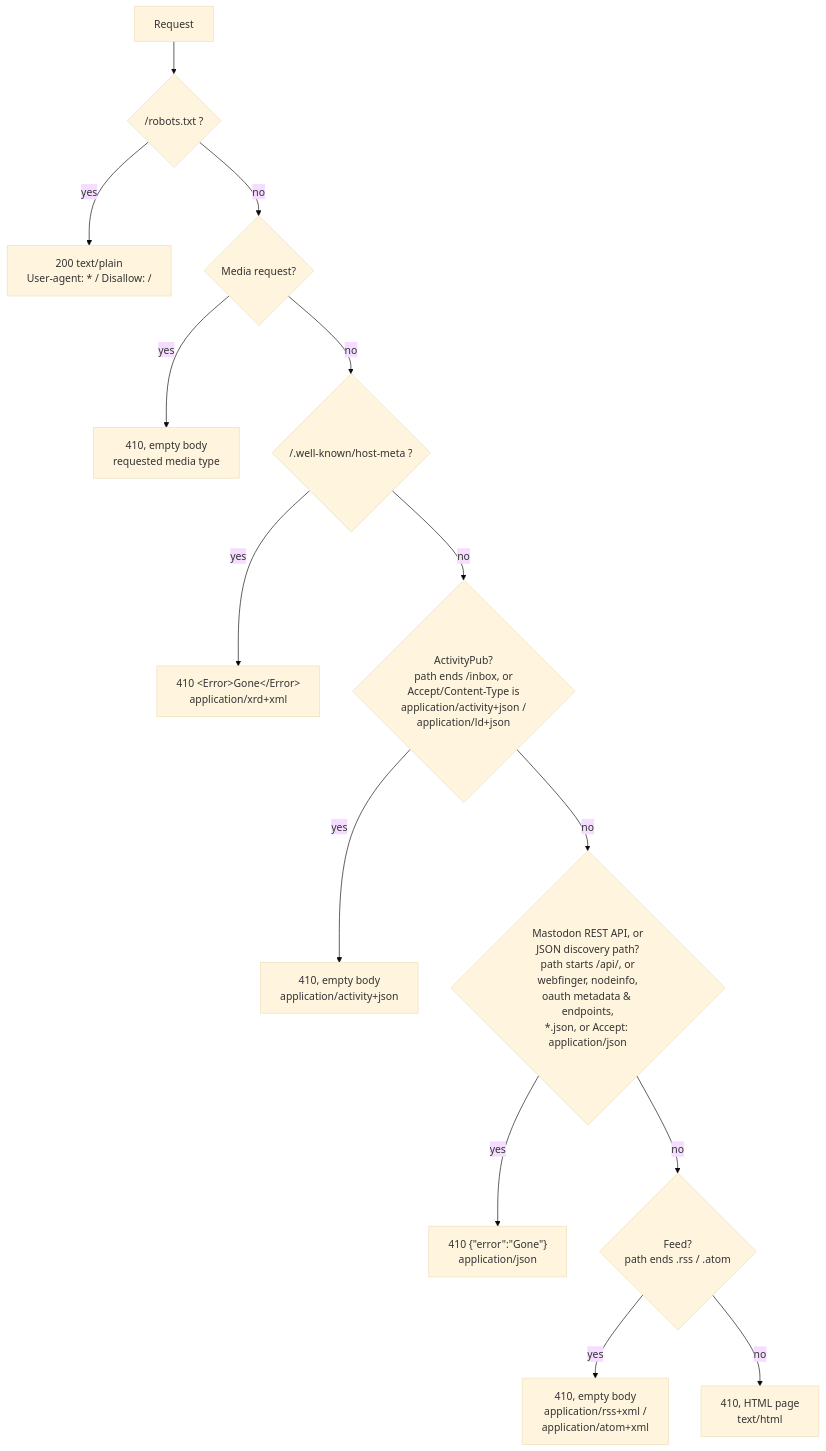
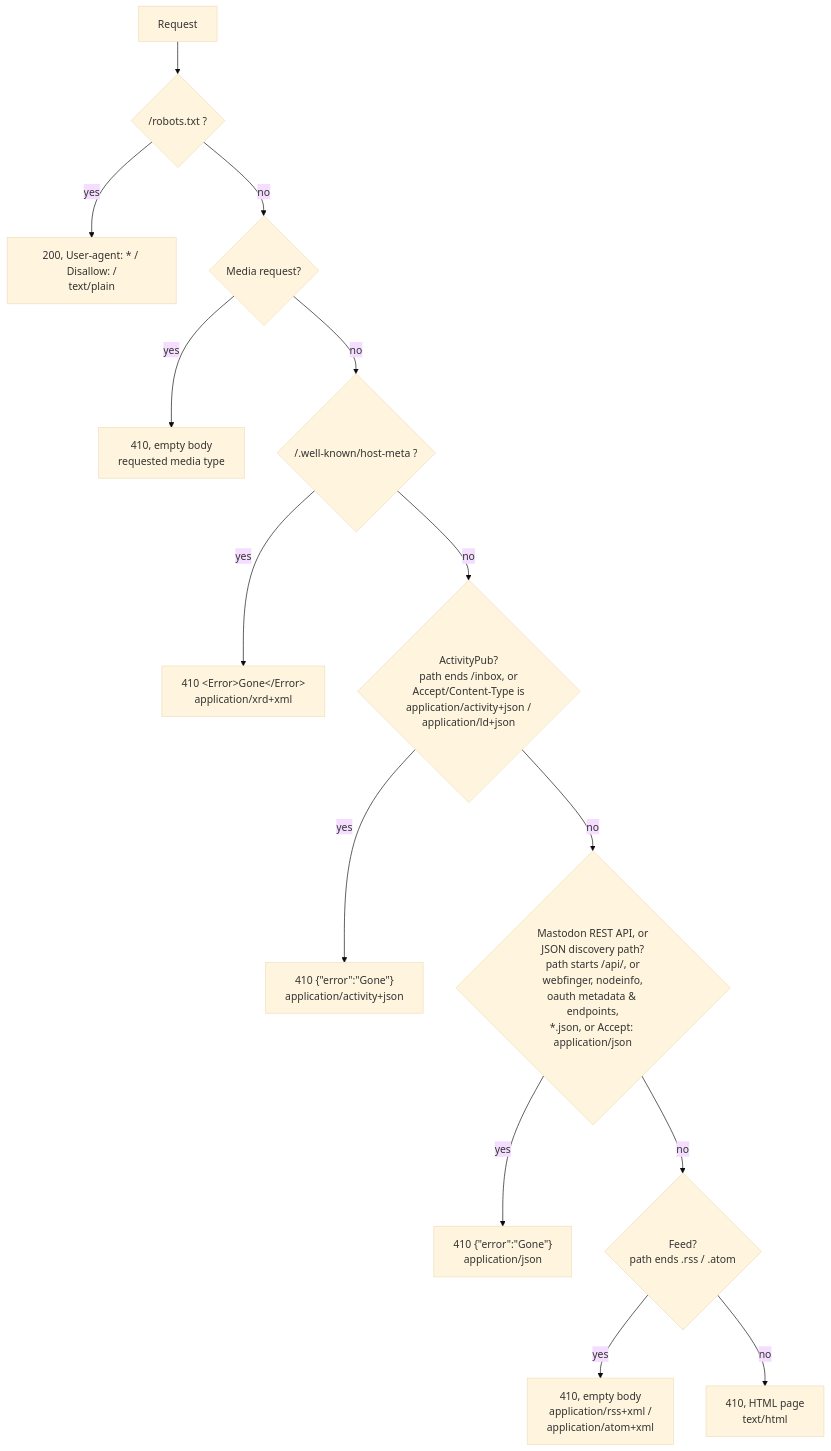
Before and after one commit to vmstio/gone: the diagram in README.md, drawn with Mermaid (base theme). The commit also changed other lines of this file and 1 other file, not shown here.

First line of the commit message:
Give ActivityPub the shared JSON error body, keep its own Content-Type

````diff
--- a/README.md
+++ b/README.md
@@ -64,16 +64,16 @@
 ```mermaid
 flowchart TD
     A["Request"] --> B{"/robots.txt ?"}
-    B -- yes --> B1["200 text/plain\nUser-agent: * / Disallow: /"]
+    B -- yes --> B1["200, User-agent: * / Disallow: /\ntext/plain"]
     B -- no --> C{"Media request?"}
     C -- yes --> C1["410, empty body\nrequested media type"]
     C -- no --> E{"/.well-known/host-meta ?"}
     E -- yes --> E1["410 &lt;Error&gt;Gone&lt;/Error&gt;\napplication/xrd+xml"]
     E -- no --> H{"ActivityPub?\npath ends /inbox, or\nAccept/Content-Type is\napplication/activity+json /\napplication/ld+json"}
-    H -- yes --> H1["410, empty body\napplication/activity+json"]
+    H -- yes --> H1["410 {#quot;error#quot;:#quot;Gone#quot;}\napplication/activity+json"]
     H -- no --> G{"Mastodon REST API, or\nJSON discovery path?\npath starts /api/, or\nwebfinger, nodeinfo,\noauth metadata & endpoints,\n*.json, or Accept: application/json"}
     G -- yes --> G1["410 {#quot;error#quot;:#quot;Gone#quot;}\napplication/json"]
     G -- no --> J{"Feed?\npath ends .rss / .atom"}
     J -- yes --> J1["410, empty body\napplication/rss+xml /\napplication/atom+xml"]
     J -- no --> L["410, HTML page\ntext/html"]
 ```
````
